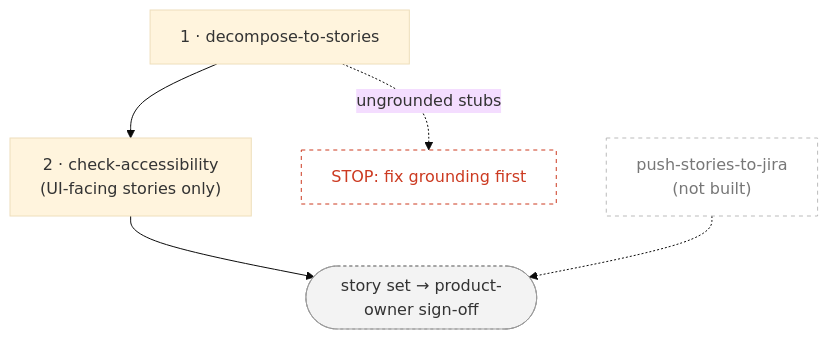
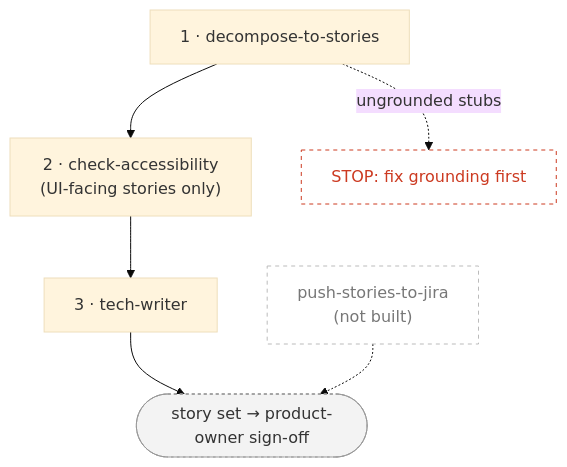
Before and after one commit to govuk-one-login/gds-ai-superpowers: the third of 5 diagrams in docs/flows.md, drawn with Mermaid (base theme). The commit also changed other lines of this file and 6 other files, not shown here.

Commit message:
add atomic tech-writer skill and use this at the end of tech-design and prepare-stories

````diff
--- a/docs/flows.md
+++ b/docs/flows.md
@@ -95,10 +97,11 @@
 ```mermaid
 flowchart TD
   d["1 · decompose-to-stories"] --> a["2 · check-accessibility<br/>(UI-facing stories only)"]
-  a --> out([story set → product-owner sign-off]):::io
+  a --> tw["3 · tech-writer"]
+  tw --> out([story set → product-owner sign-off]):::io
   d -. ungrounded stubs .-> stop["STOP: fix grounding first"]:::stop
   j["push-stories-to-jira<br/>(not built)"]:::nb -.-> out
   classDef io fill:#f3f3f3,stroke:#999,stroke-dasharray:3 3;
   classDef nb fill:#fff,stroke:#bbb,stroke-dasharray:4 4,color:#777;
   classDef stop fill:#fff,stroke:#cc3a21,stroke-dasharray:4 4,color:#cc3a21;
 ```
````
